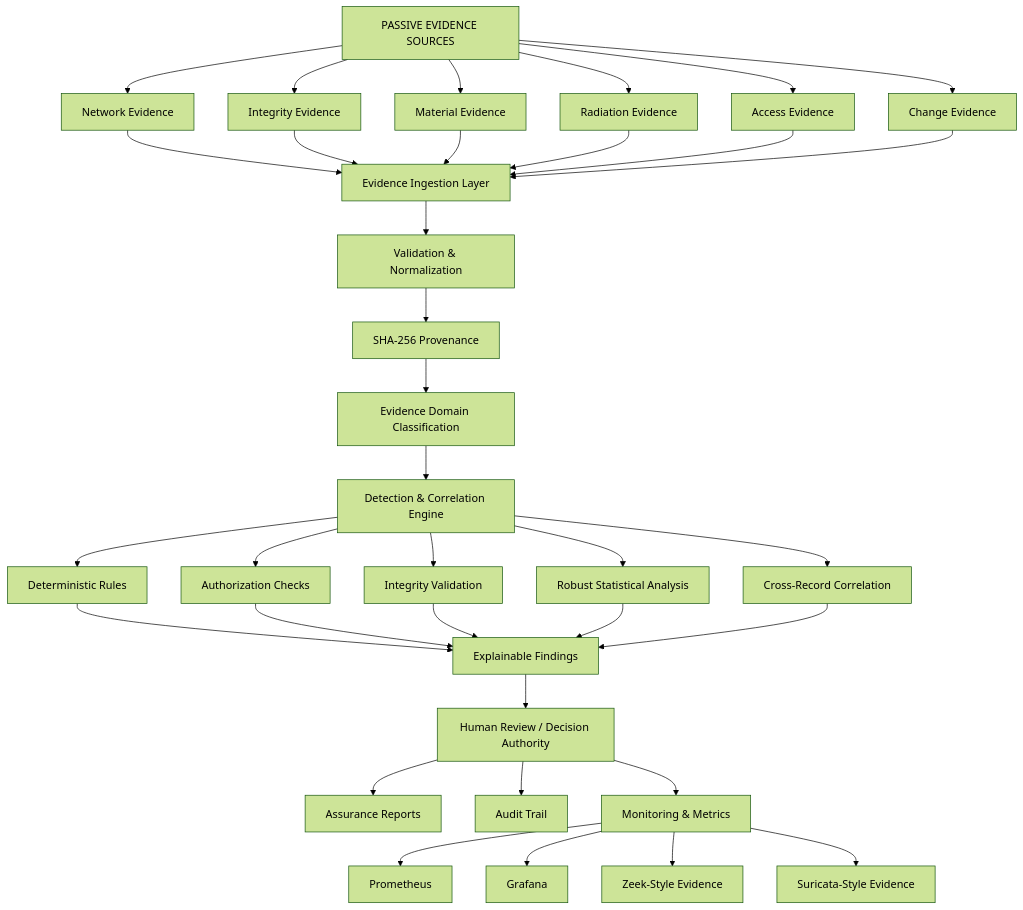
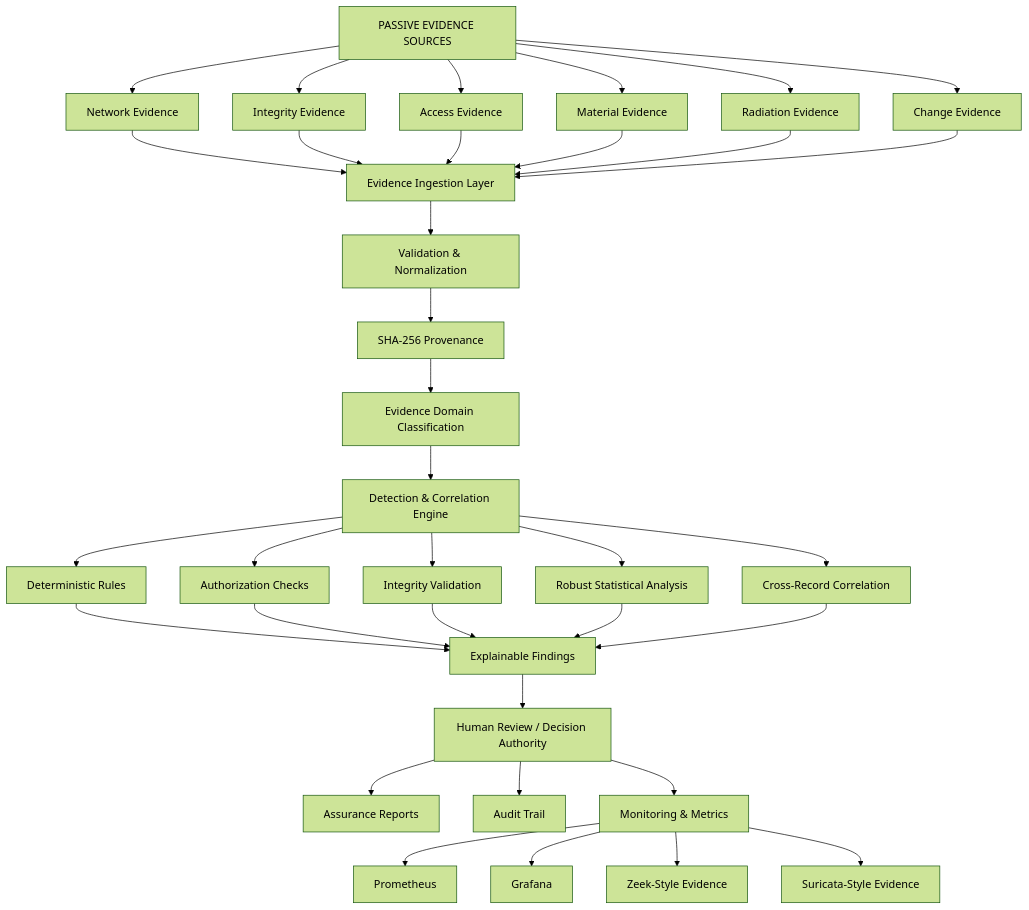
Before and after one commit to ruveeha33/NuclearShield: the second of 6 diagrams in README.md, drawn with Mermaid (forest theme). The commit also changed other lines of this file, not shown here.

````diff
--- a/README.md
+++ b/README.md
@@ -129,48 +129,48 @@
 ```mermaid
 flowchart TD
 
     INPUT["PASSIVE EVIDENCE SOURCES"]
 
     INPUT --> NET["Network Evidence"]
     INPUT --> INT["Integrity Evidence"]
     INPUT --> ACC["Access Evidence"]
     INPUT --> MAT["Material Evidence"]
     INPUT --> RAD["Radiation Evidence"]
     INPUT --> CHG["Change Evidence"]
 
     NET --> INGEST["Evidence Ingestion Layer"]
     INT --> INGEST
+    ACC --> INGEST
     MAT --> INGEST
     RAD --> INGEST
-    ACC --> INGEST
     CHG --> INGEST
 
     INGEST --> VALIDATE["Validation & Normalization"]
     VALIDATE --> HASH["SHA-256 Provenance"]
     HASH --> CLASSIFY["Evidence Domain Classification"]
 
     CLASSIFY --> ENGINE["Detection & Correlation Engine"]
 
     ENGINE --> RULES["Deterministic Rules"]
     ENGINE --> AUTH["Authorization Checks"]
     ENGINE --> INTEGRITY["Integrity Validation"]
     ENGINE --> STATS["Robust Statistical Analysis"]
     ENGINE --> CORR["Cross-Record Correlation"]
 
     RULES --> FINDINGS["Explainable Findings"]
     AUTH --> FINDINGS
     INTEGRITY --> FINDINGS
     STATS --> FINDINGS
     CORR --> FINDINGS
 
     FINDINGS --> HUMAN["Human Review / Decision Authority"]
 
     HUMAN --> REPORT["Assurance Reports"]
     HUMAN --> AUDIT["Audit Trail"]
     HUMAN --> MONITOR["Monitoring & Metrics"]
 
     MONITOR --> PROM["Prometheus"]
     MONITOR --> GRAF["Grafana"]
     MONITOR --> ZEEK["Zeek-Style Evidence"]
     MONITOR --> SURI["Suricata-Style Evidence"]
 ```
````
